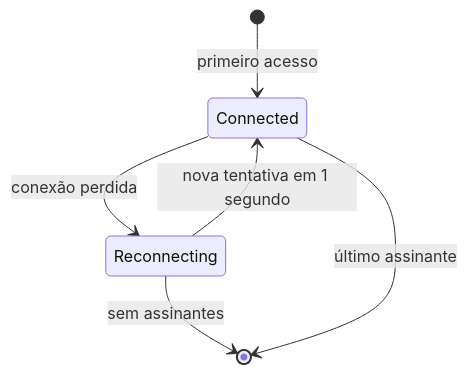
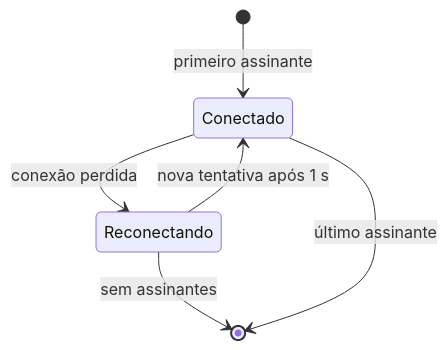
Before and after one commit to ErickCReis/ErickCReis: the second of 2 diagrams in web/content/blog/realtime-cursor-presence-with-tiny-pieces.pt-BR.mdx, drawn with Mermaid. The commit also changed other lines of this file and 23 other files, not shown here.

Commit message:
Polish Mermaid diagrams across blog posts

````diff
--- a/web/content/blog/realtime-cursor-presence-with-tiny-pieces.pt-BR.mdx
+++ b/web/content/blog/realtime-cursor-presence-with-tiny-pieces.pt-BR.mdx
@@ -77,8 +77,9 @@
 ```mermaid center
 stateDiagram-v2
-  [*] --> Connected: primeiro acesso
-  Connected --> Reconnecting: conexão perdida
-  Reconnecting --> Connected: nova tentativa em 1 segundo
-  Reconnecting --> [*]: sem assinantes
-  Connected --> [*]: último assinante
+  direction TB
+  [*] --> Conectado: primeiro assinante
+  Conectado --> Reconectando: conexão perdida
+  Reconectando --> Conectado: nova tentativa após 1 s
+  Reconectando --> [*]: sem assinantes
+  Conectado --> [*]: último assinante
 ```
````
